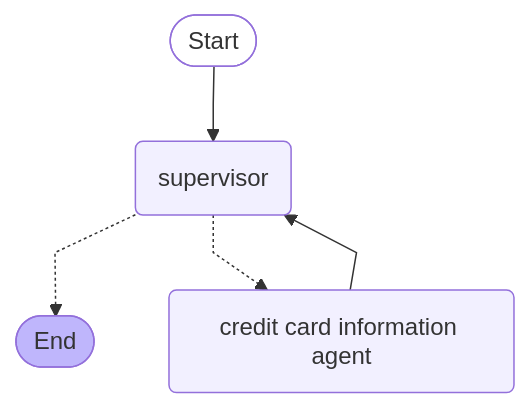
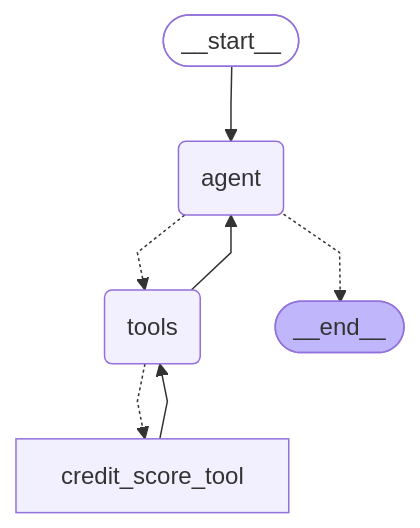
The second of 3 diagrams in python/agent/langgraph-fsi-agent/README.md (thealchen/sdk-examples), drawn with Mermaid before and after one commit. The commit also changed other lines of this file and 25 other files, not shown here.

Commit message:
Adding credit score agent to get better test failures

````diff
--- a/python/agent/langgraph-fsi-agent/README.md
+++ b/python/agent/langgraph-fsi-agent/README.md
@@ -61,19 +65,21 @@
 ```mermaid
 ---
 config:
   flowchart:
     curve: linear
 ---
 graph TD;
-        __start__([<p>Start</p>]):::first
-        supervisor(supervisor)
-        credit-card-agent(credit card information agent)
-        __end__([<p>End</p>]):::last
-        __start__ --> supervisor;
-        credit-card-agent --> supervisor;
-        supervisor -.-> __end__;
-        supervisor -.-> credit-card-agent;
+        __start__([<p>__start__</p>]):::first
+        agent(agent)
+        tools(tools)
+        __end__([<p>__end__</p>]):::last
+        __start__ --> agent;
+        agent -.-> __end__;
+        agent -.-> tools;
+        tools --> agent;
+        tools -.-> credit_score_tool;
+        credit_score_tool --> tools;
         classDef default fill:#f2f0ff,line-height:1.2
         classDef first fill-opacity:0
         classDef last fill:#bfb6fc
 ```
````
